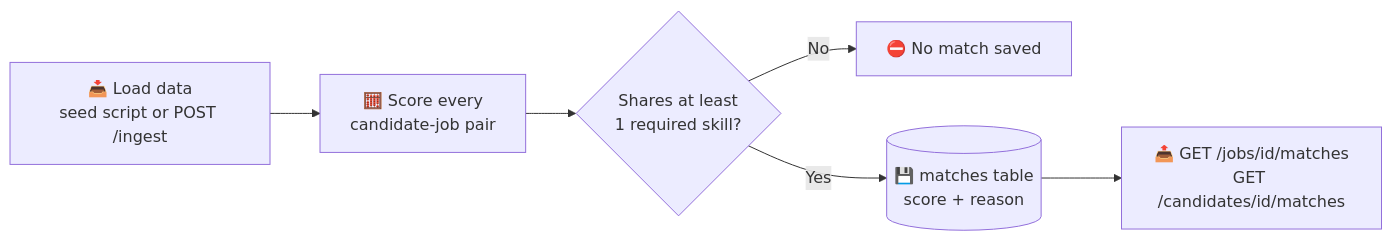
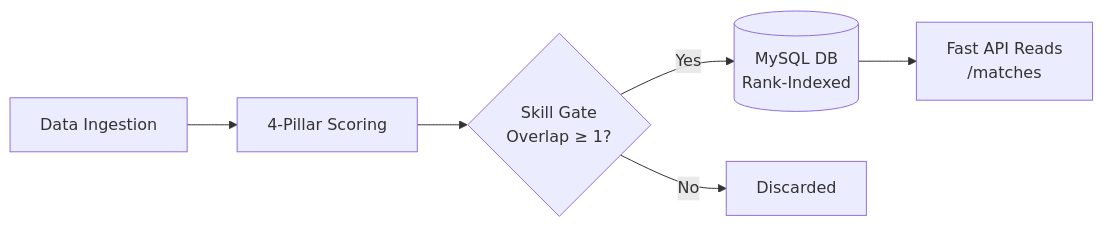
The diagram in README.md (jeevanL16/recruiter-bot), drawn with Mermaid before and after one commit. The commit also changed other lines of this file, not shown here.

````diff
--- a/README.md
+++ b/README.md
@@ -53,8 +24,8 @@
 ```mermaid
 flowchart LR
-    A["📥 Load data<br/>seed script or POST /ingest"] --> B["🧮 Score every<br/>candidate-job pair"]
-    B --> C{"Shares at least<br/>1 required skill?"}
-    C -- "No" --> D["⛔ No match saved"]
-    C -- "Yes" --> E[("💾 matches table<br/>score + reason")]
-    E --> F["📤 GET /jobs/id/matches<br/>GET /candidates/id/matches"]
+    A[Data Ingestion] --> B[4-Pillar Scoring]
+    B --> C{Skill Gate<br/>Overlap ≥ 1?}
+    C -- Yes --> D[(MySQL DB<br/>Rank-Indexed)]
+    C -- No --> E[Discarded]
+    D --> F[Fast API Reads<br/>/matches]
 ```
````
